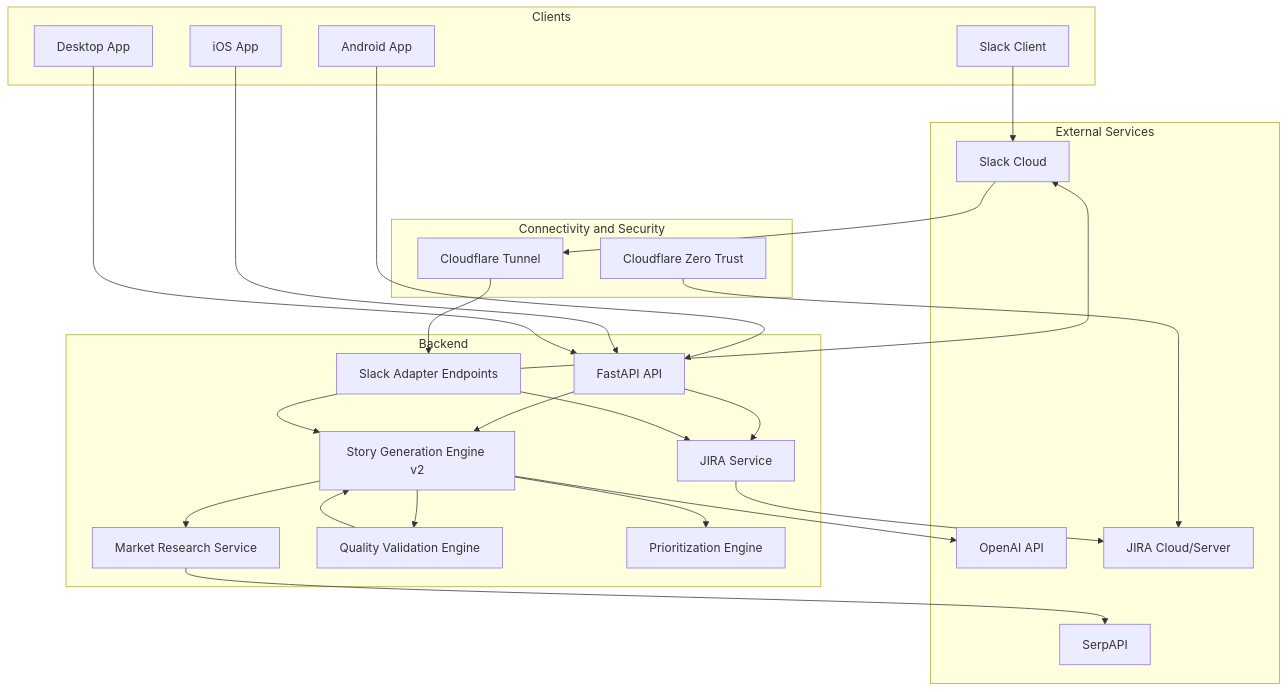
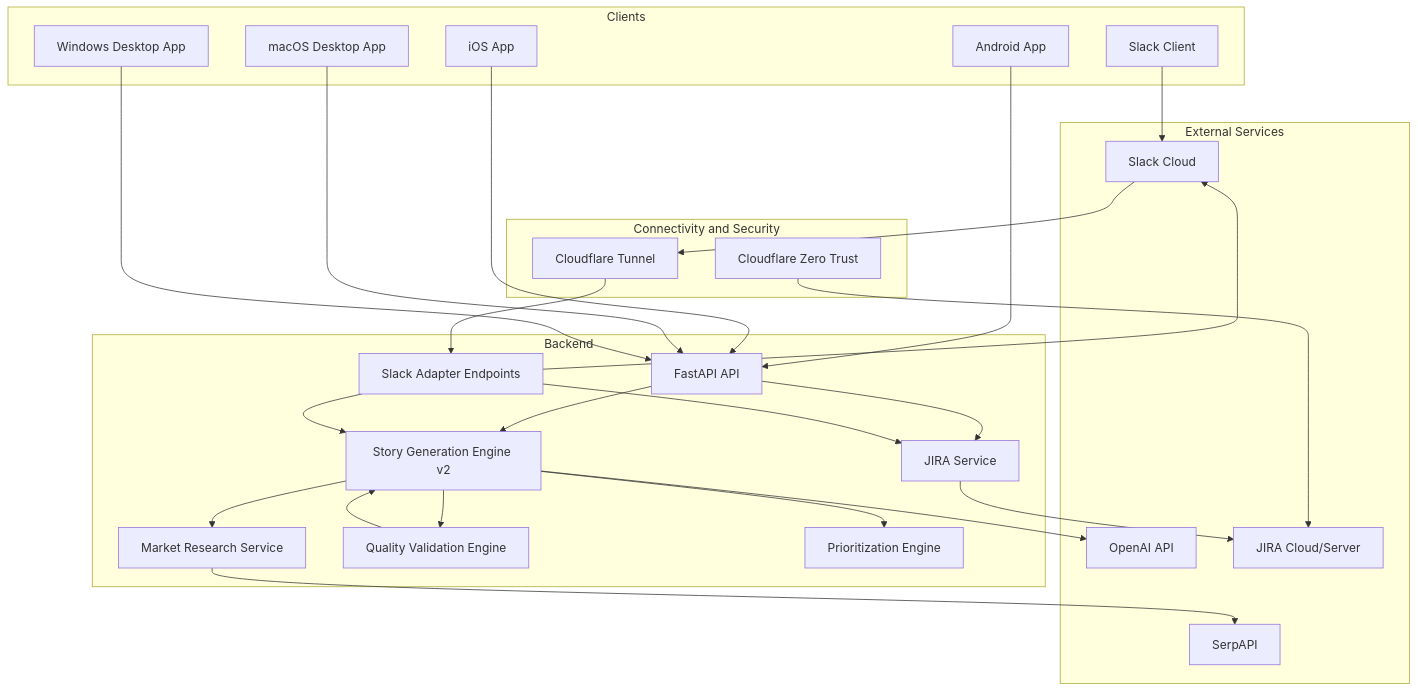
The first of 5 diagrams in ARCHITECTURE.md (winitramesh2/BacklogAI), drawn with Mermaid before and after one commit. The commit also changed other lines of this file and 4 other files, not shown here.

````diff
--- a/ARCHITECTURE.md
+++ b/ARCHITECTURE.md
@@ -9,52 +9,54 @@
 ```mermaid
 graph TD
   subgraph Clients
     A1[Android App]
     A2[iOS App]
-    A3[Desktop App]
-    A4[Slack Client]
+    A3[macOS Desktop App]
+    A4[Windows Desktop App]
+    A5[Slack Client]
   end
 
   subgraph Backend
     B1[FastAPI API]
     B2[Story Generation Engine v2]
     B3[Market Research Service]
     B4[Quality Validation Engine]
     B5[Prioritization Engine]
     B6[JIRA Service]
     B7[Slack Adapter Endpoints]
   end
 
   subgraph Connectivity and Security
     S1[Cloudflare Tunnel]
     S2[Cloudflare Zero Trust]
   end
 
   subgraph External Services
     C1[OpenAI API]
     C2[SerpAPI]
     C3[JIRA Cloud/Server]
     C4[Slack Cloud]
   end
 
   A1 --> B1
   A2 --> B1
   A3 --> B1
-  A4 --> C4
+  A4 --> B1
+  A5 --> C4
   C4 --> S1
   S1 --> B7
   S2 --> C3
 
   B1 --> B2
   B2 --> B3
   B3 --> C2
   B2 --> C1
   B2 --> B4
   B4 --> B2
   B2 --> B5
   B1 --> B6
   B7 --> B2
   B7 --> B6
   B7 --> C4
   B6 --> C3
 ```
````
